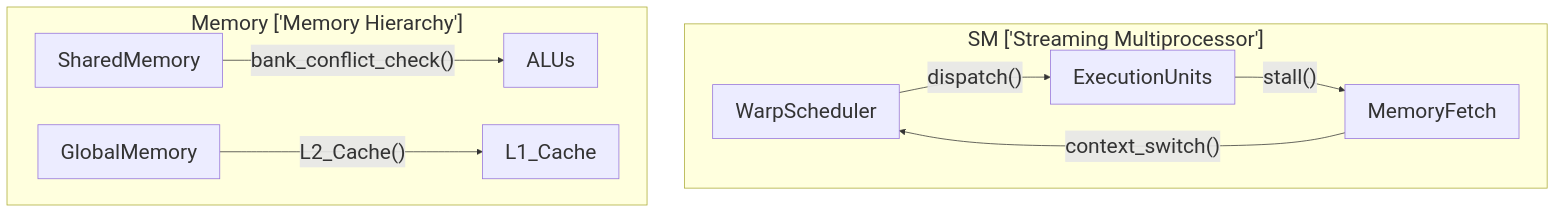
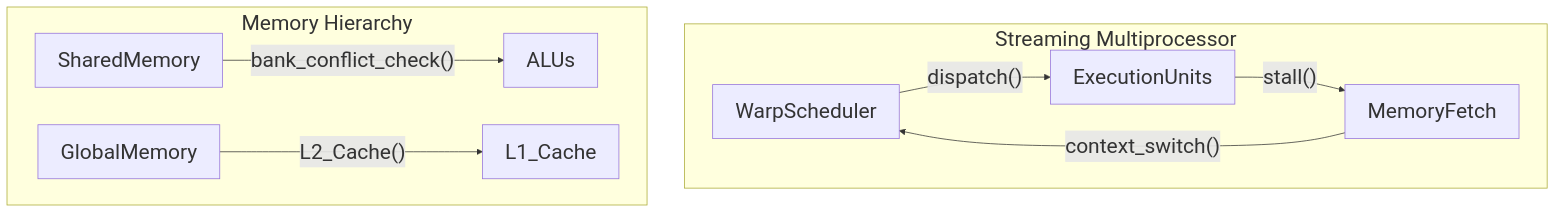
The diagram in skills/hardware-acceleration/cuda-programming/SKILL.md (j4flmao/agent-skills), drawn with Mermaid before and after one commit. The commit also changed 38 other files, not shown here.

Commit message:
style(skills): Add padding to Mermaid subgraphs to prevent label overlap with nodes

````diff
--- a/skills/hardware-acceleration/cuda-programming/SKILL.md
+++ b/skills/hardware-acceleration/cuda-programming/SKILL.md
@@ -16,13 +16,13 @@
 ```mermaid
 flowchart TD
 %%{init: {"theme": "default", "themeVariables": {"fontSize": "28px"}, "flowchart": {"useMaxWidth": false}}}%%
-    subgraph SMStreamingMultiprocessor ["SM ['Streaming Multiprocessor']"]
+    subgraph SMStreamingMultiprocessor ["Streaming Multiprocessor<br/>"]
         WarpScheduler -->|"dispatch()"| ExecutionUnits
         ExecutionUnits -->|"stall()"| MemoryFetch
         MemoryFetch -->|"context_switch()"| WarpScheduler
     end
-    subgraph MemoryMemoryHierarchy ["Memory ['Memory Hierarchy']"]
+    subgraph MemoryMemoryHierarchy ["Memory Hierarchy<br/>"]
         SharedMemory -->|"bank_conflict_check()"| ALUs
         GlobalMemory -->|"L2_Cache()"| L1_Cache
     end
 ```
````
